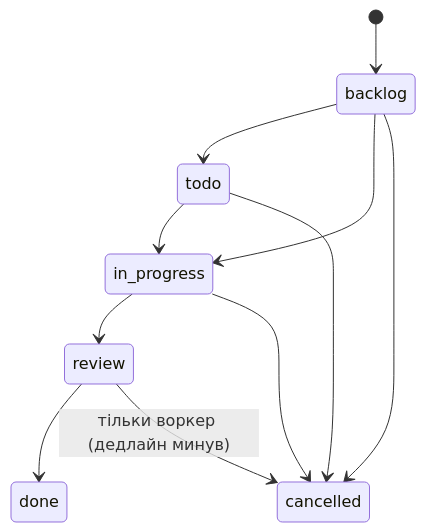
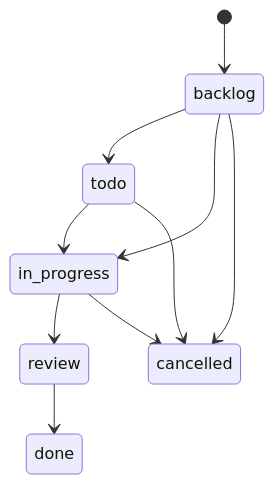
The diagram in README.md (Cervin-van/task_menegement_api), drawn with Mermaid before and after one commit. The commit also changed other lines of this file and 21 other files, not shown here.

````diff
--- a/README.md
+++ b/README.md
@@ -109,13 +166,12 @@
 ```mermaid
 stateDiagram-v2
     [*] --> backlog
     backlog --> todo
     backlog --> in_progress
     todo --> in_progress
     in_progress --> review
     review --> done
     backlog --> cancelled
     todo --> cancelled
     in_progress --> cancelled
-    review --> cancelled: тільки воркер (дедлайн минув)
 ```
````
